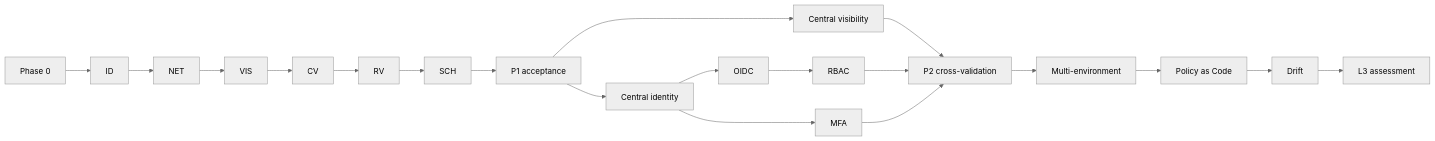
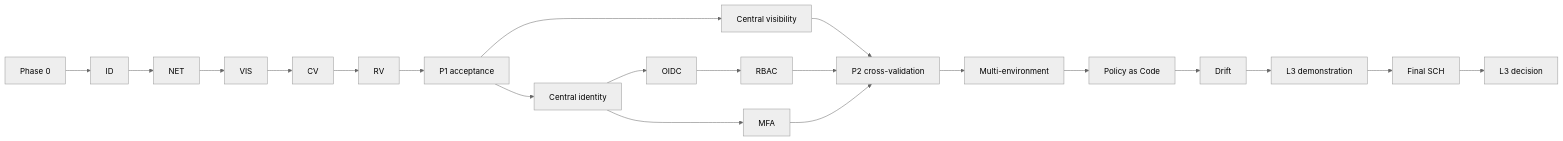
The diagram in docs/zero-trust/critical-path.md (snsd-hybridinfra/snsd-multicloud-ops), drawn with Mermaid (neutral theme) before and after one commit. The commit also changed other lines of this file and 474 other files, not shown here.

````diff
--- a/docs/zero-trust/critical-path.md
+++ b/docs/zero-trust/critical-path.md
@@ -19,12 +20,12 @@
 ```mermaid
 flowchart LR
-  P0["Phase 0"] --> ID["ID"] --> NET["NET"] --> VIS["VIS"] --> CV["CV"] --> RV["RV"] --> SCH["SCH"] --> P1A["P1 acceptance"]
+  P0["Phase 0"] --> ID["ID"] --> NET["NET"] --> VIS["VIS"] --> CV["CV"] --> RV["RV"] --> P1A["P1 acceptance"]
   P1A --> P2V["Central visibility"]
   P1A --> P2I["Central identity"]
   P2I --> OIDC["OIDC"] --> RBAC["RBAC"]
   P2I --> MFA["MFA"]
   P2V --> P2CV["P2 cross-validation"]
   RBAC --> P2CV
   MFA --> P2CV
-  P2CV --> MULTI["Multi-environment"] --> PAC["Policy as Code"] --> DRIFT["Drift"] --> L3["L3 assessment"]
+  P2CV --> MULTI["Multi-environment"] --> PAC["Policy as Code"] --> DRIFT["Drift"] --> DEMO["L3 demonstration"] --> SCH["Final SCH"] --> L3["L3 decision"]
 ```
````
